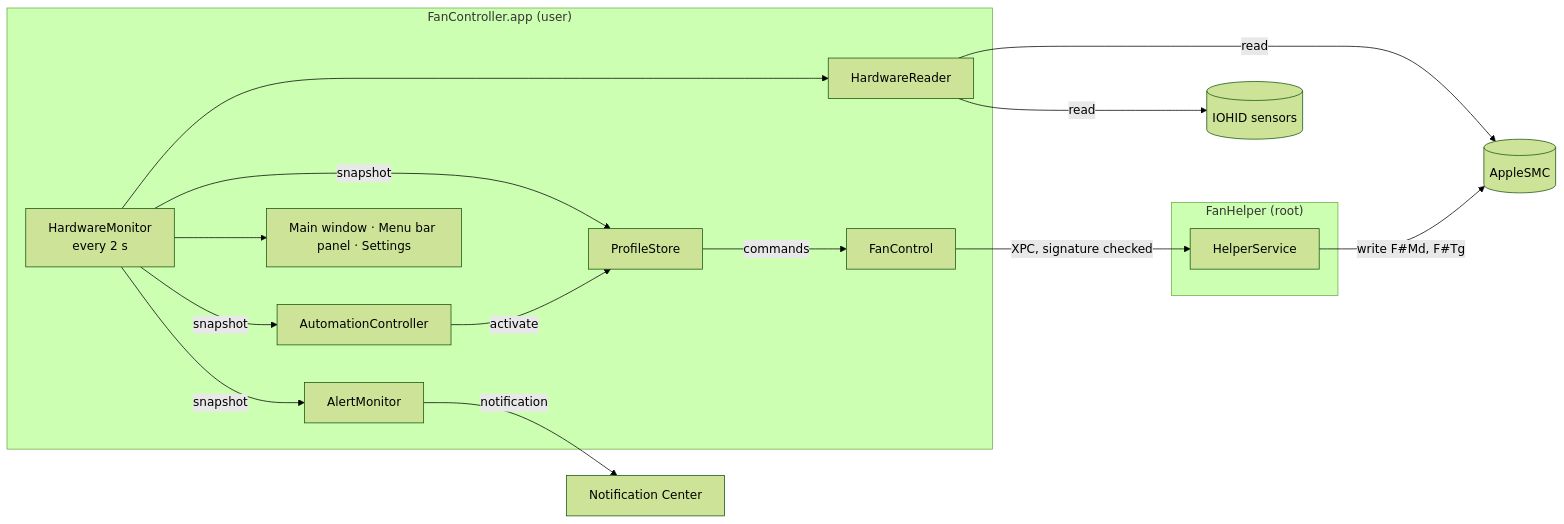
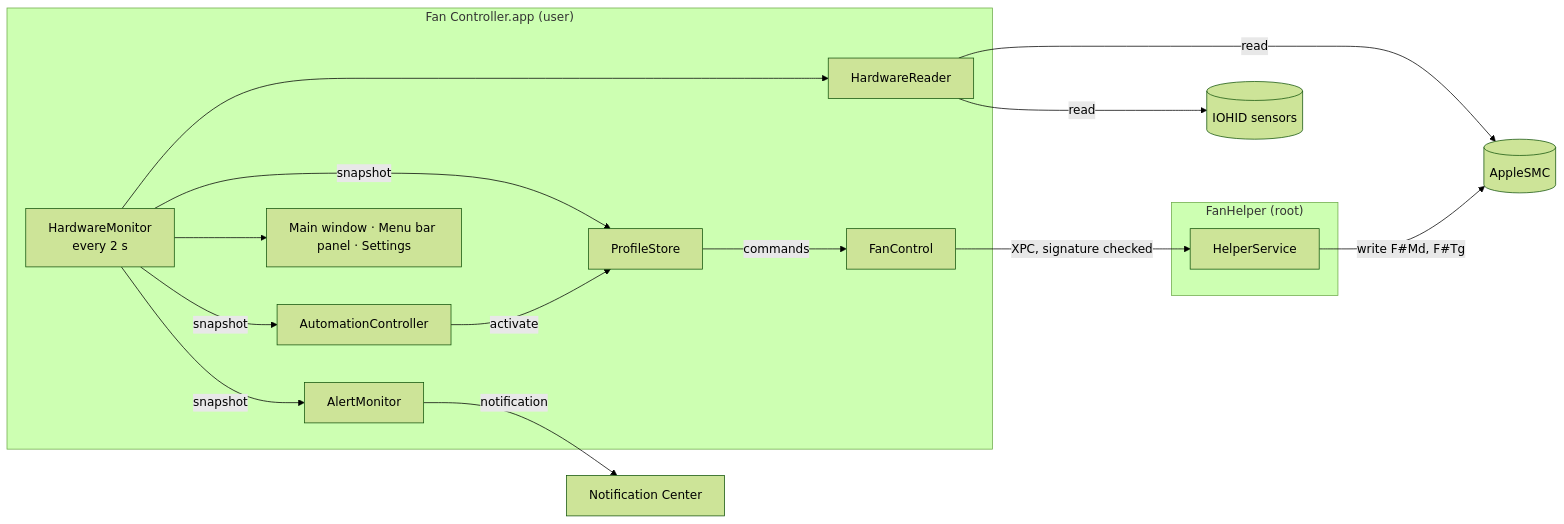
Before and after one commit to furkansenturk/mac-fan-controller: the first of 2 diagrams in docs/architecture.md, drawn with Mermaid (forest theme). The commit also changed other lines of this file and 9 other files, not shown here.

First line of the commit message:
feat: ship releases as a disk image named Fan Controller, with its icon (#1)

````diff
--- a/docs/architecture.md
+++ b/docs/architecture.md
@@ -15,29 +15,29 @@
 ```mermaid
 flowchart LR
-    subgraph App["FanController.app (user)"]
+    subgraph App["Fan Controller.app (user)"]
         Monitor["HardwareMonitor<br/>every 2 s"]
         Reader["HardwareReader"]
         Profiles["ProfileStore"]
         Automation["AutomationController"]
         Alerts["AlertMonitor"]
         Control["FanControl"]
         UI["Main window · Menu bar panel · Settings"]
         Monitor --> Reader
         Monitor -- snapshot --> Profiles
         Monitor -- snapshot --> Automation
         Monitor -- snapshot --> Alerts
         Automation -- activate --> Profiles
         Profiles -- commands --> Control
         Monitor --> UI
     end
 
     subgraph Helper["FanHelper (root)"]
         Service["HelperService"]
     end
 
     Reader -- "read" --> SMC[("AppleSMC")]
     Reader -- "read" --> HID[("IOHID sensors")]
     Control -- "XPC, signature checked" --> Service
     Service -- "write F#Md, F#Tg" --> SMC
     Alerts -- notification --> NC["Notification Center"]
 ```
````
